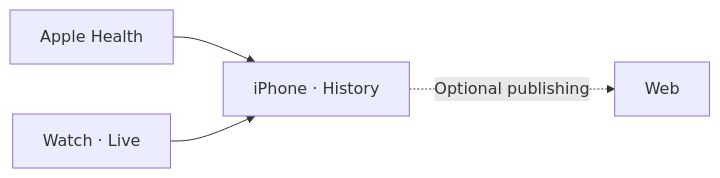
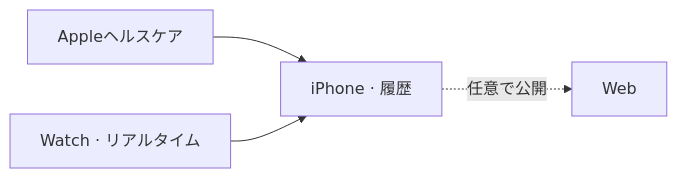
One commit to jinyongnan810/Beatavue changed the diagram in mobile/ios/Beatavue/README.md. Above: the diagram before and after it, drawn with Mermaid. The commit also changed other lines of this file and 15 other files, not shown here.

````diff
--- a/mobile/ios/Beatavue/README.md
+++ b/mobile/ios/Beatavue/README.md
@@ -7,6 +7,6 @@
 ```mermaid
 flowchart LR
-    Health[Apple Health] --> Phone[iPhone · History]
-    Watch[Watch · Live] --> Phone
-    Phone -.->|Optional publishing| Web[Web]
+    Health[Appleヘルスケア] --> Phone[iPhone · 履歴]
+    Watch[Watch · リアルタイム] --> Phone
+    Phone -.->|任意で公開| Web[Web]
 ```
````
